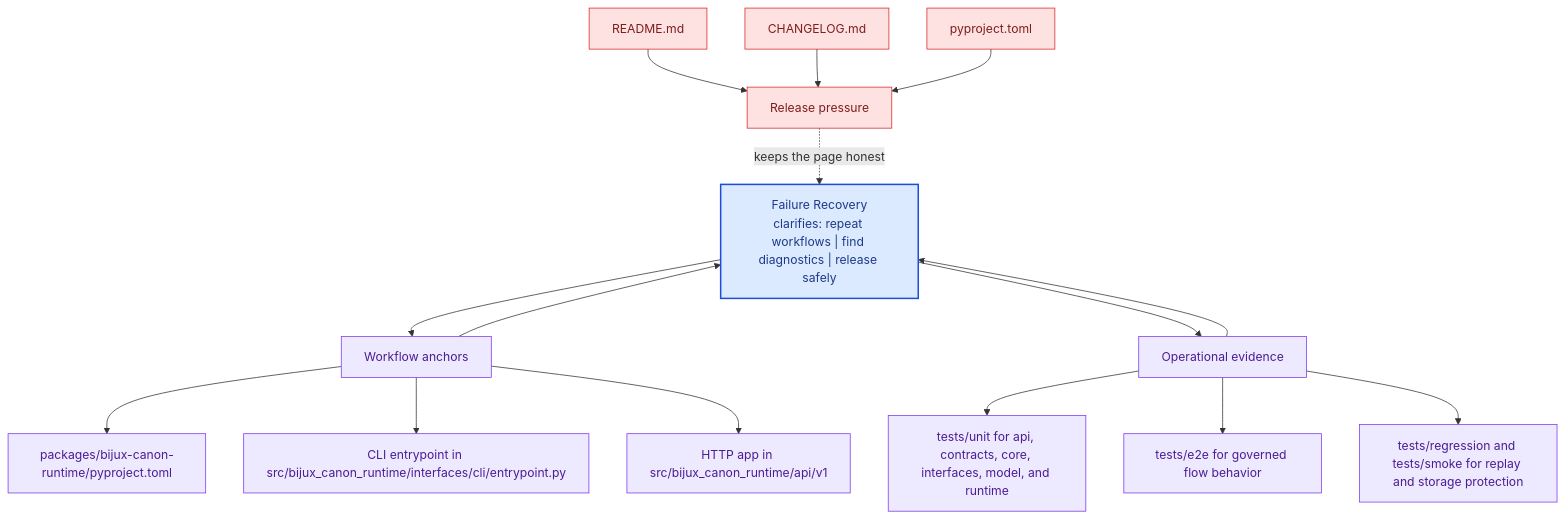
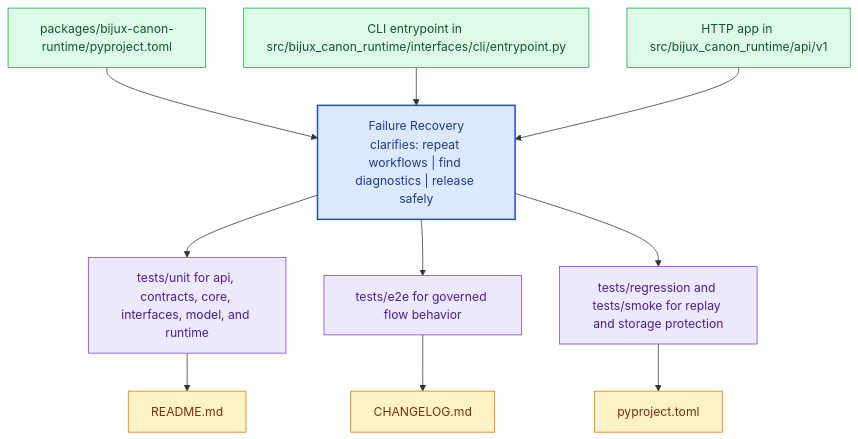
Before and after one commit to bijux/bijux-canon: the diagram in docs/bijux-canon-runtime/operations/failure-recovery.md, drawn with Mermaid. The commit also changed other lines of this file and 281 other files, not shown here.

Commit message:
docs(diagrams): replace repeated mermaid scaffolds with page-specific summaries

````diff
--- a/docs/bijux-canon-runtime/operations/failure-recovery.md
+++ b/docs/bijux-canon-runtime/operations/failure-recovery.md
@@ -67,41 +22,31 @@
 ```mermaid
 flowchart TB
-    promise["Failure Recovery<br/>clarifies: repeat workflows | find diagnostics | release safely"]
-    classDef promise fill:#dbeafe,stroke:#1d4ed8,color:#1e3a8a,stroke-width:2px;
-    classDef driver fill:#dcfce7,stroke:#16a34a,color:#14532d;
-    classDef constraint fill:#fee2e2,stroke:#dc2626,color:#7f1d1d;
-    classDef ground fill:#ede9fe,stroke:#7c3aed,color:#4c1d95;
-    focus1["Workflow anchors"]
-    focus1 --> promise
-    promise --> focus1
-    focus1_1["packages/bijux-canon-runtime/pyproject.toml"]
-    focus1 --> focus1_1
-    focus1_2["CLI entrypoint in src/bijux_canon_runtime/interfaces/cli/entrypoint.py"]
-    focus1 --> focus1_2
-    focus1_3["HTTP app in src/bijux_canon_runtime/api/v1"]
-    focus1 --> focus1_3
-    class focus1 ground;
-    class focus1_1,focus1_2,focus1_3 ground;
-    focus2["Operational evidence"]
-    focus2 --> promise
-    promise --> focus2
-    focus2_1["tests/unit for api, contracts, core, interfaces, model, and runtime"]
-    focus2 --> focus2_1
-    focus2_2["tests/e2e for governed flow behavior"]
-    focus2 --> focus2_2
-    focus2_3["tests/regression and tests/smoke for replay and storage protection"]
-    focus2 --> focus2_3
-    class focus2 ground;
-    class focus2_1,focus2_2,focus2_3 ground;
-    focus3["Release pressure"]
-    focus3 -.keeps the page honest.-> promise
-    focus3_1["README.md"]
-    focus3_1 --> focus3
-    focus3_2["CHANGELOG.md"]
-    focus3_2 --> focus3
-    focus3_3["pyproject.toml"]
-    focus3_3 --> focus3
-    class focus3 constraint;
-    class focus3_1,focus3_2,focus3_3 constraint;
-    class promise promise;
+    page["Failure Recovery<br/>clarifies: repeat workflows | find diagnostics | release safely"]
+    classDef page fill:#dbeafe,stroke:#1d4ed8,color:#1e3a8a,stroke-width:2px;
+    classDef positive fill:#dcfce7,stroke:#16a34a,color:#14532d;
+    classDef caution fill:#fee2e2,stroke:#dc2626,color:#7f1d1d;
+    classDef anchor fill:#ede9fe,stroke:#7c3aed,color:#4c1d95;
+    classDef action fill:#fef3c7,stroke:#d97706,color:#7c2d12;
+    step1["packages/bijux-canon-runtime/pyproject.toml"]
+    step1 --> page
+    step2["CLI entrypoint in src/bijux_canon_runtime/interfaces/cli/entrypoint.py"]
+    step2 --> page
+    step3["HTTP app in src/bijux_canon_runtime/api/v1"]
+    step3 --> page
+    run1["tests/unit for api, contracts, core, interfaces, model, and runtime"]
+    page --> run1
+    run2["tests/e2e for governed flow behavior"]
+    page --> run2
+    run3["tests/regression and tests/smoke for replay and storage protection"]
+    page --> run3
+    release1["README.md"]
+    run1 --> release1
+    release2["CHANGELOG.md"]
+    run2 --> release2
+    release3["pyproject.toml"]
+    run3 --> release3
+    class page page;
+    class step1,step2,step3 positive;
+    class run1,run2,run3 anchor;
+    class release1,release2,release3 action;
 ```
````
